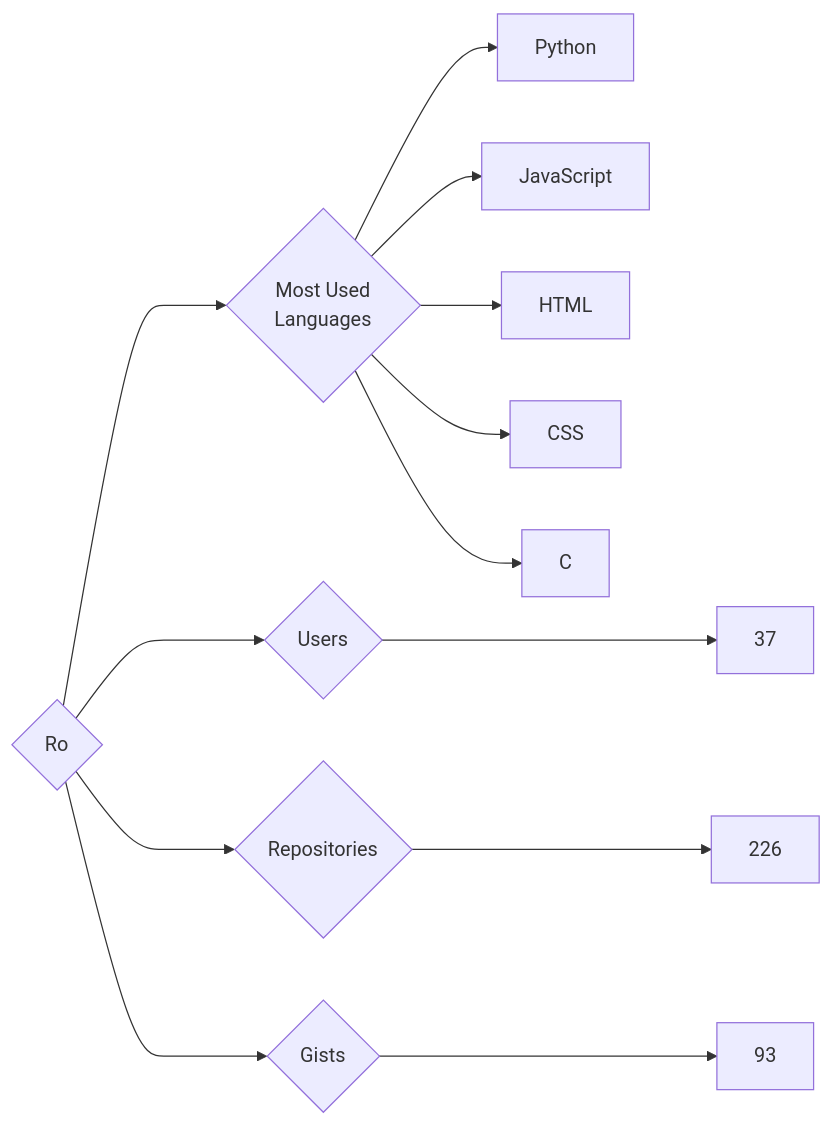
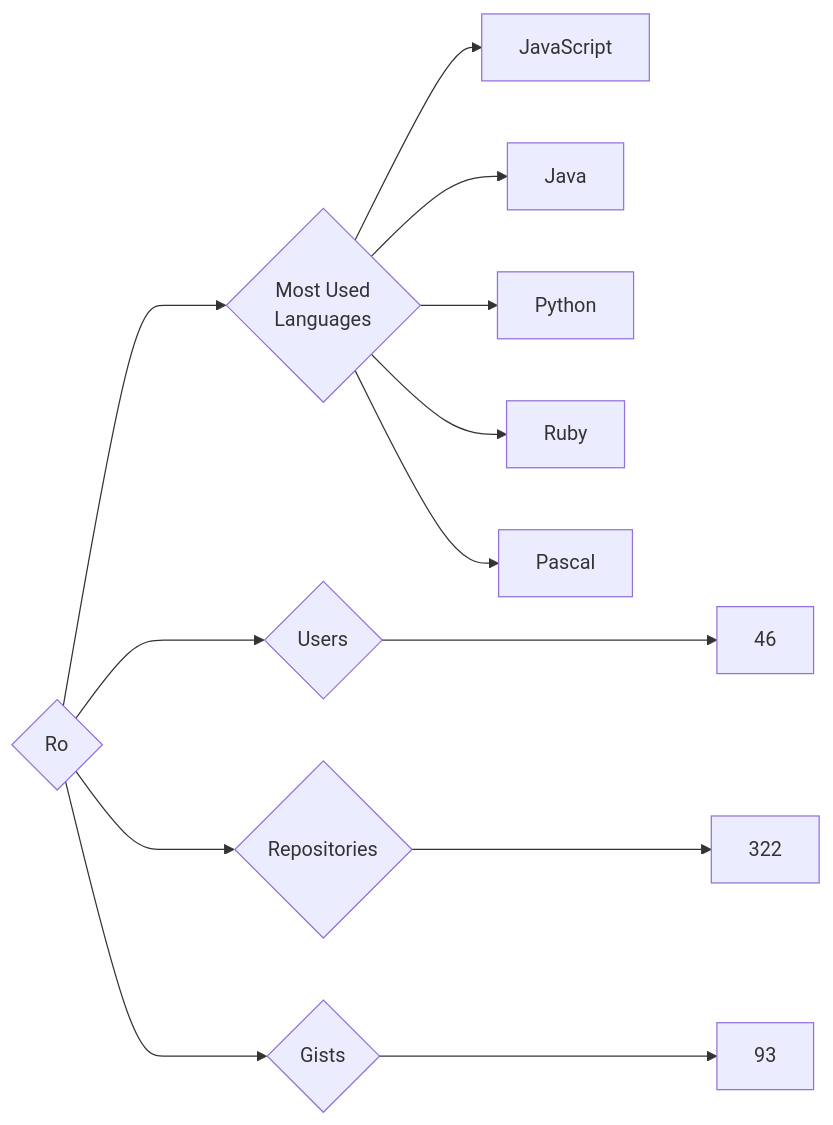
One commit to trickest/insiders changed the diagram in targets/Ro/README.md. Above: the diagram before and after it, drawn with Mermaid. The commit also changed 725 other files, not shown here.

````diff
--- a/targets/Ro/README.md
+++ b/targets/Ro/README.md
@@ -3,13 +3,13 @@
 ```mermaid
 graph LR
 COMPANY_NAME{Ro}
-COMPANY_NAME ---> U{Users} ---> UN[37]
-COMPANY_NAME ---> R{Repositories} ---> RN[226]
+COMPANY_NAME ---> U{Users} ---> UN[46]
+COMPANY_NAME ---> R{Repositories} ---> RN[322]
 COMPANY_NAME ---> G{Gists} ---> GN[93]
 COMPANY_NAME ---> ML{Most Used<br>Languages}
+ML --> JavaScript[JavaScript]
+ML --> Java[Java]
 ML --> Python[Python]
-ML --> JavaScript[JavaScript]
-ML --> HTML[HTML]
-ML --> CSS[CSS]
-ML --> C[C]
+ML --> Ruby[Ruby]
+ML --> Pascal[Pascal]
 ```
````
